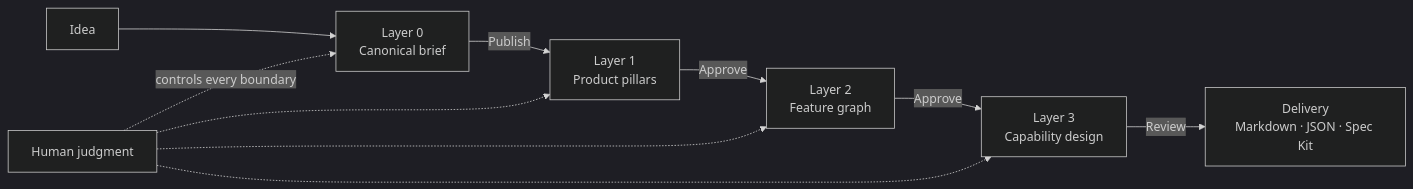
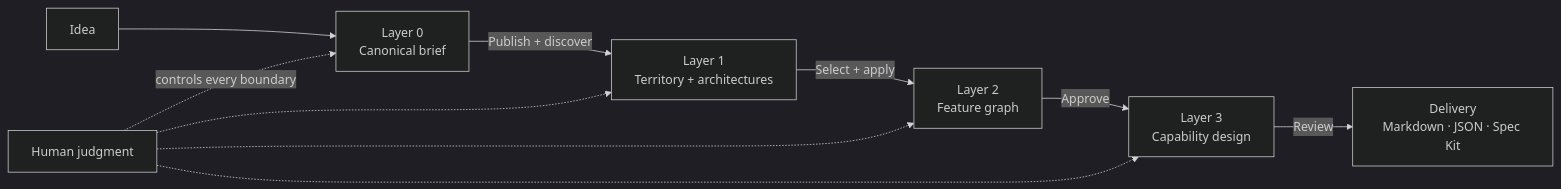
One commit to JoeFresco1/Strata changed the first of 2 diagrams in README.md. Above: the diagram before and after it, drawn with Mermaid (dark theme). The commit also changed other lines of this file and 49 other files, not shown here.

````diff
--- a/README.md
+++ b/README.md
@@ -85,13 +85,13 @@
 ```mermaid
 flowchart LR
     I["Idea"] --> B["Layer 0<br/>Canonical brief"]
-    B -->|"Publish"| P["Layer 1<br/>Product pillars"]
-    P -->|"Approve"| F["Layer 2<br/>Feature graph"]
+    B -->|"Publish + discover"| P["Layer 1<br/>Territory + architectures"]
+    P -->|"Select + apply"| F["Layer 2<br/>Feature graph"]
     F -->|"Approve"| C["Layer 3<br/>Capability design"]
     C -->|"Review"| E["Delivery<br/>Markdown · JSON · Spec Kit"]
 
     H["Human judgment"] -. "controls every boundary" .-> B
     H -.-> P
     H -.-> F
     H -.-> C
 ```
````
